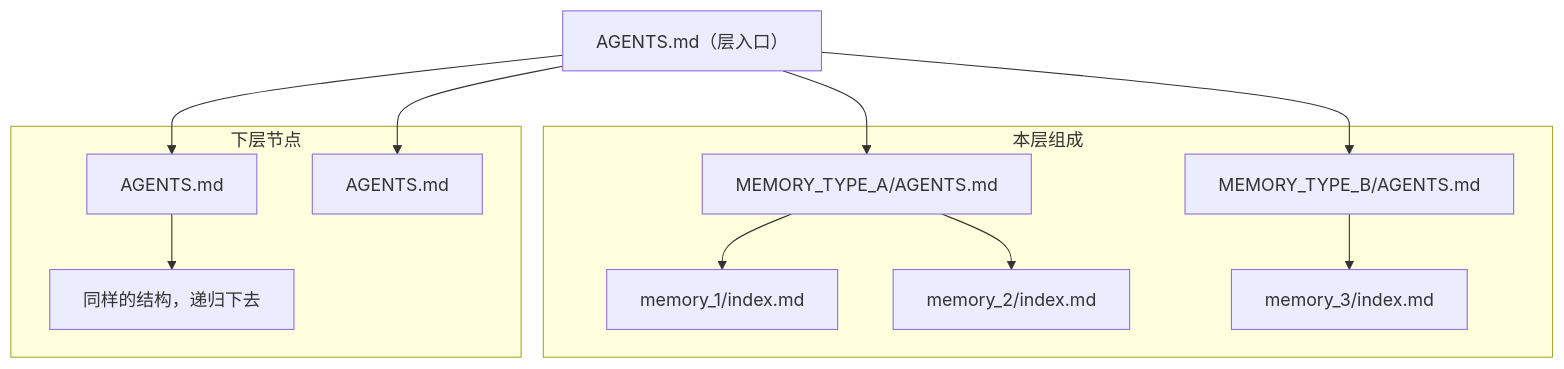
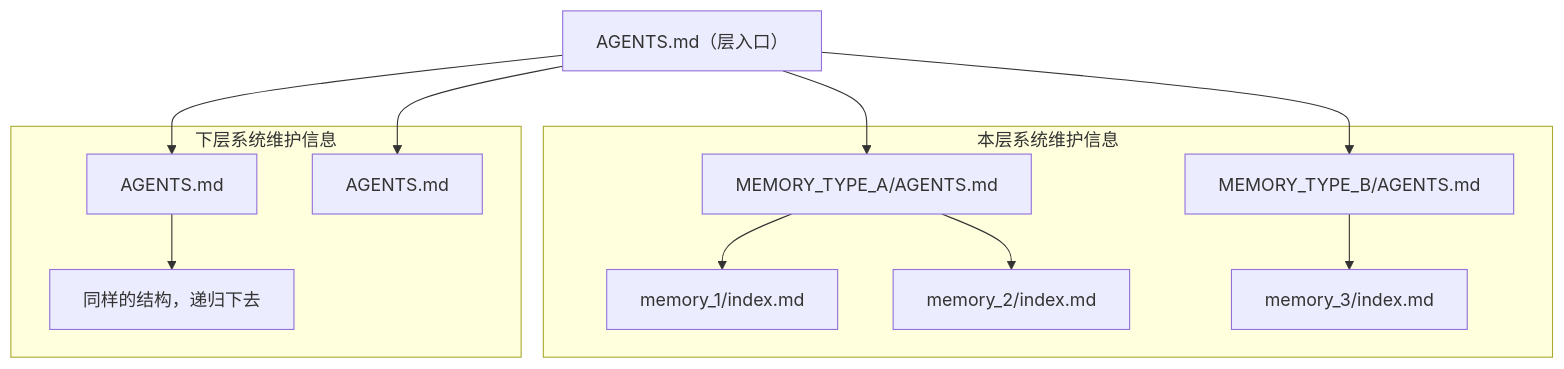
Before and after one commit to VirusPC/edges: the diagram in extensions/skills/project-memory-init/references/PROTOCOL.md, drawn with Mermaid. The commit also changed other lines of this file and 31 other files, not shown here.

````diff
--- a/extensions/skills/project-memory-init/references/PROTOCOL.md
+++ b/extensions/skills/project-memory-init/references/PROTOCOL.md
@@ -5,27 +5,27 @@
 ```mermaid
 flowchart TD
     Root["AGENTS.md（层入口）"]
 
-    subgraph localMem [本层组成]
+    subgraph localMem [本层系统维护信息]
         EntryA["MEMORY_TYPE_A/AGENTS.md"]
         EntryB["MEMORY_TYPE_B/AGENTS.md"]
         MemA1["memory_1/index.md"]
         MemA2["memory_2/index.md"]
         MemB1["memory_3/index.md"]
         EntryA --> MemA1
         EntryA --> MemA2
         EntryB --> MemB1
     end
 
-    subgraph children [下层节点]
+    subgraph children [下层系统维护信息]
         Sub1["AGENTS.md"]
         Sub2["AGENTS.md"]
         Dots["同样的结构，递归下去"]
         Sub1 --> Dots
     end
 
     Root --> EntryA
     Root --> EntryB
     Root --> Sub1
     Root --> Sub2
 ```
````
